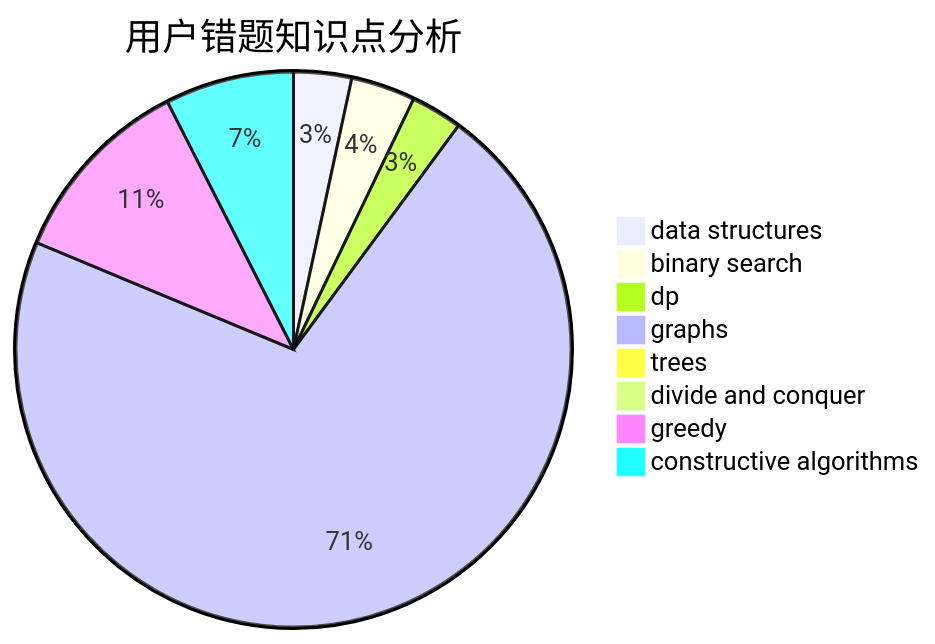
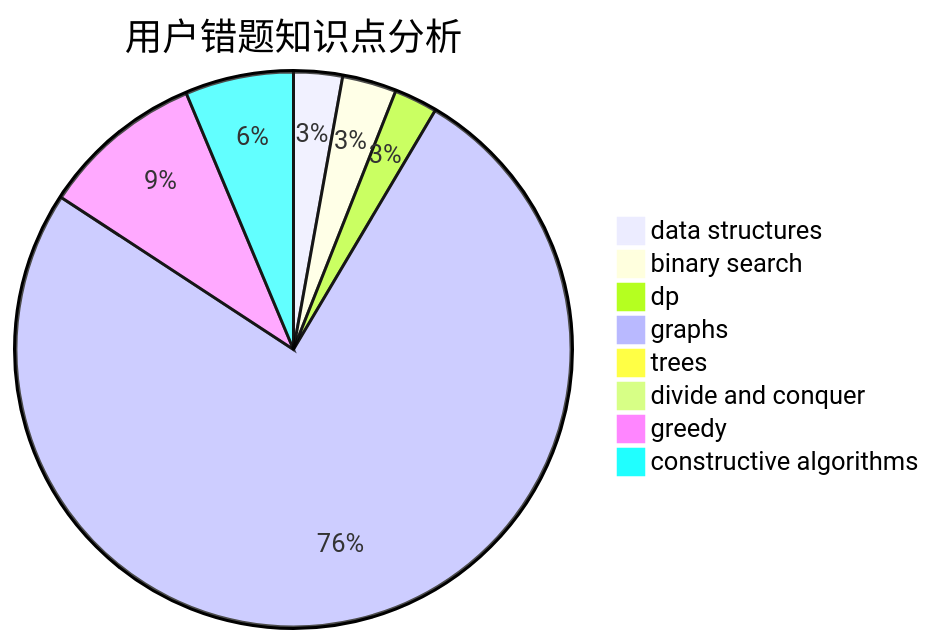
The third of 3 diagrams in docs/user/u1289.md (sherpahu/cfrs.github.io), drawn with Mermaid before and after one commit. The commit also changed other lines of this file and 2770 other files, not shown here.

````diff
--- a/docs/user/u1289.md
+++ b/docs/user/u1289.md
@@ -36,11 +36,11 @@
 ```mermaid
 pie title 用户错题知识点分析
     "data structures" :  9
     "binary search" :  10
     "dp" :  8
-    "graphs" :  190
+    "graphs" :  240
     "trees" :  0
     "divide and conquer" :  0
     "greedy" :  30
     "constructive algorithms" :  20
 ```
````
